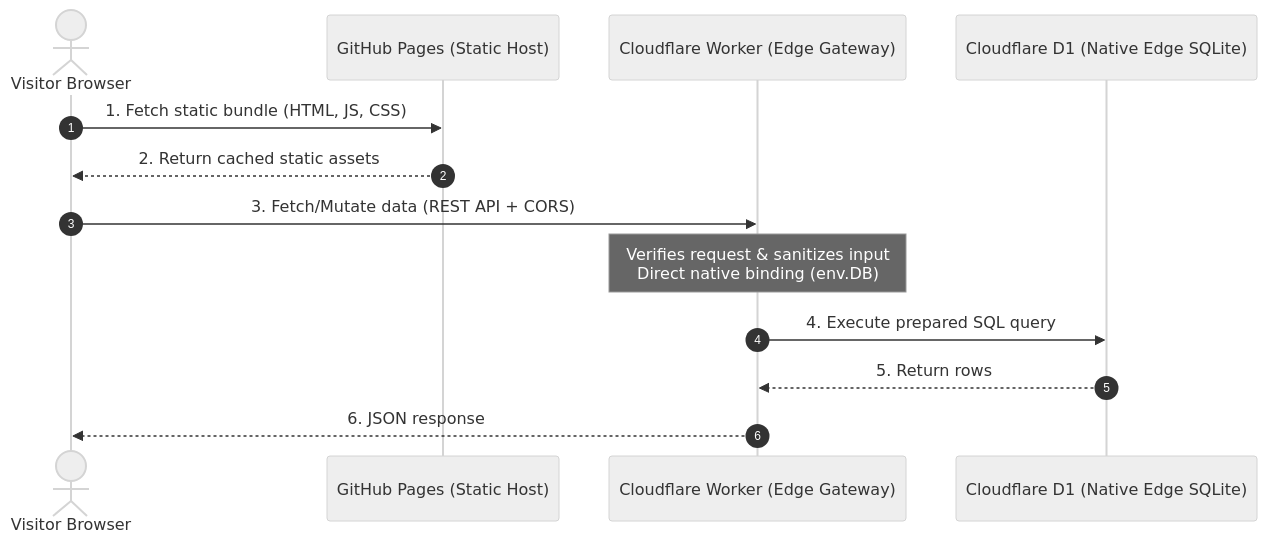
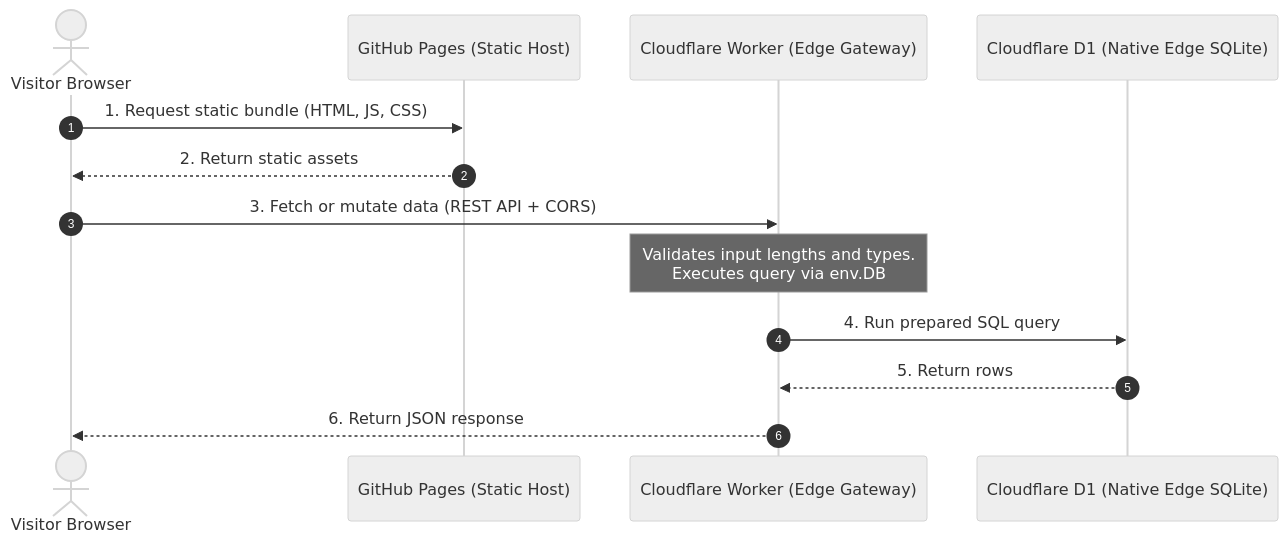
Before and after one commit to riccivr/d1-pages-starter: the diagram in README.md, drawn with Mermaid (neutral theme). The commit also changed other lines of this file and 1 other file, not shown here.

````diff
--- a/README.md
+++ b/README.md
@@ -44,16 +44,16 @@
 ```mermaid
 sequenceDiagram
     autonumber
     actor User as Visitor Browser
     participant Pages as GitHub Pages (Static Host)
     participant Worker as Cloudflare Worker (Edge Gateway)
     participant D1 as Cloudflare D1 (Native Edge SQLite)
 
-    User->>Pages: 1. Fetch static bundle (HTML, JS, CSS)
-    Pages-->>User: 2. Return cached static assets
-    User->>Worker: 3. Fetch/Mutate data (REST API + CORS)
-    Note over Worker: Verifies request & sanitizes input<br/>Direct native binding (env.DB)
-    Worker->>D1: 4. Execute prepared SQL query
+    User->>Pages: 1. Request static bundle (HTML, JS, CSS)
+    Pages-->>User: 2. Return static assets
+    User->>Worker: 3. Fetch or mutate data (REST API + CORS)
+    Note over Worker: Validates input lengths and types.<br/>Executes query via env.DB
+    Worker->>D1: 4. Run prepared SQL query
     D1-->>Worker: 5. Return rows
-    Worker-->>User: 6. JSON response
+    Worker-->>User: 6. Return JSON response
 ```
````
